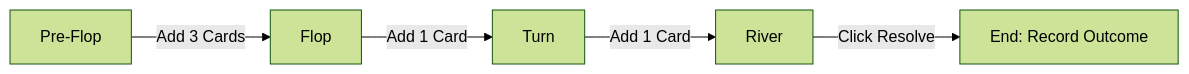
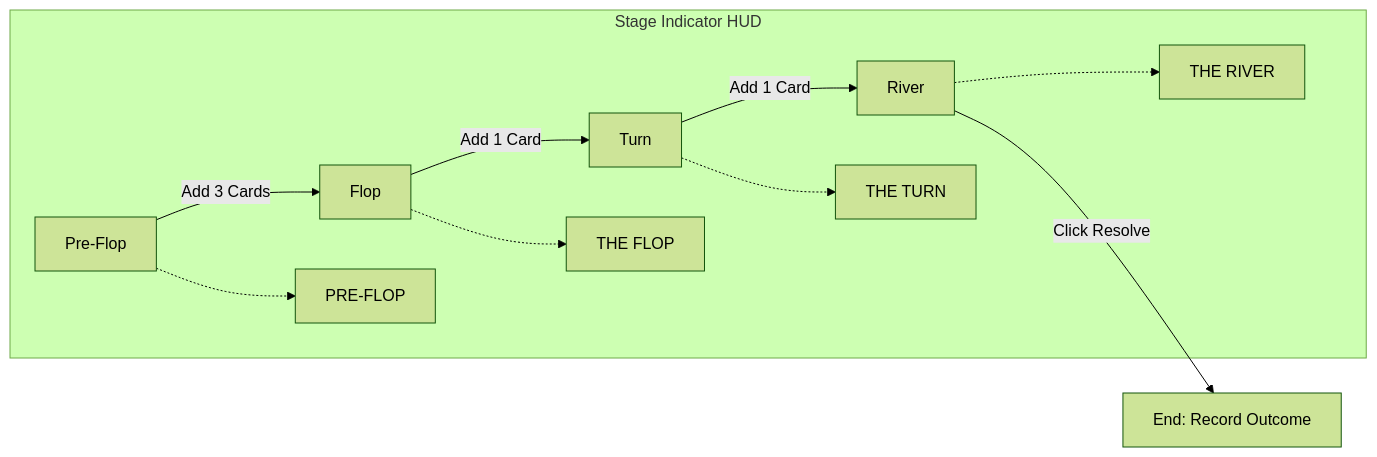
One commit to mnaatjes/rdr2-gambling-helper changed the second of 2 diagrams in docs/explanation/poker-ui-user-flows.md. Above: the diagram before and after it, drawn with Mermaid (forest theme). The commit also changed other lines of this file and 10 other files, not shown here.

````diff
--- a/docs/explanation/poker-ui-user-flows.md
+++ b/docs/explanation/poker-ui-user-flows.md
@@ -61,7 +61,14 @@
 ```mermaid
 graph LR
     PF[Pre-Flop] -->|Add 3 Cards| F[Flop]
     F -->|Add 1 Card| T[Turn]
     T -->|Add 1 Card| R[River]
     R -->|Click Resolve| RES[End: Record Outcome]
+    
+    subgraph Indicator [Stage Indicator HUD]
+    PF -.-> S1[PRE-FLOP]
+    F -.-> S2[THE FLOP]
+    T -.-> S3[THE TURN]
+    R -.-> S4[THE RIVER]
+    end
 ```
````
